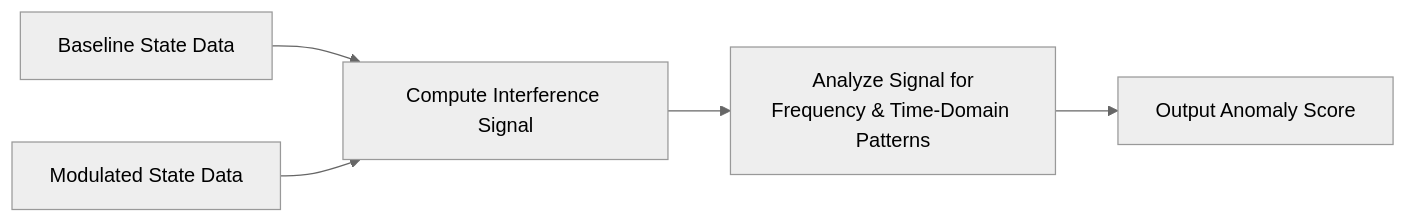
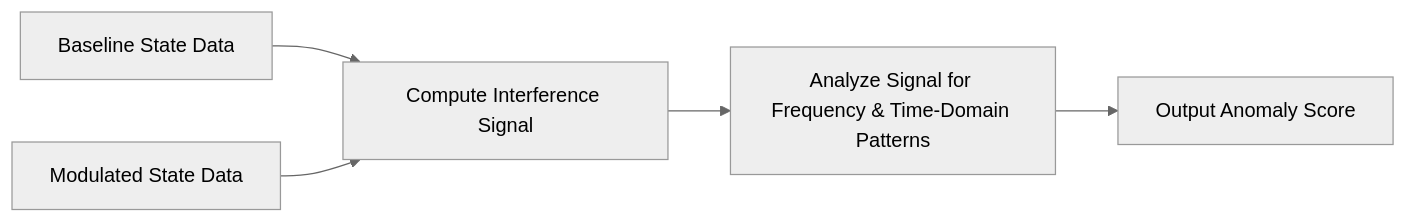
The ninth of 13 diagrams in WSP_knowledge/docs/Papers/Patent_Series/04_rESP_Patent_Updated.md (Foundup/Foundups-Agent), drawn with Mermaid (neutral theme) before and after one commit. The commit also changed other lines of this file, not shown here.

Commit message:
WSP 20: Fix all remaining Mermaid parsing errors in patent diagrams - Remove HTML br tags and Greek characters - Replace rho symbol with text - Replace br tags with dashes - All 13 figures now use clean Mermaid syntax

````diff
--- a/WSP_knowledge/docs/Papers/Patent_Series/04_rESP_Patent_Updated.md
+++ b/WSP_knowledge/docs/Papers/Patent_Series/04_rESP_Patent_Updated.md
@@ -285,6 +285,6 @@
 ```mermaid
 flowchart LR
     A["Baseline State Data"] --> C["Compute Interference Signal"]
     B["Modulated State Data"] --> C
-    C --> D["Analyze Signal for<br/>Frequency & Time-Domain Patterns"] --> E["Output Anomaly Score"]
+    C --> D["Analyze Signal for Frequency & Time-Domain Patterns"] --> E["Output Anomaly Score"]
 ```
````
